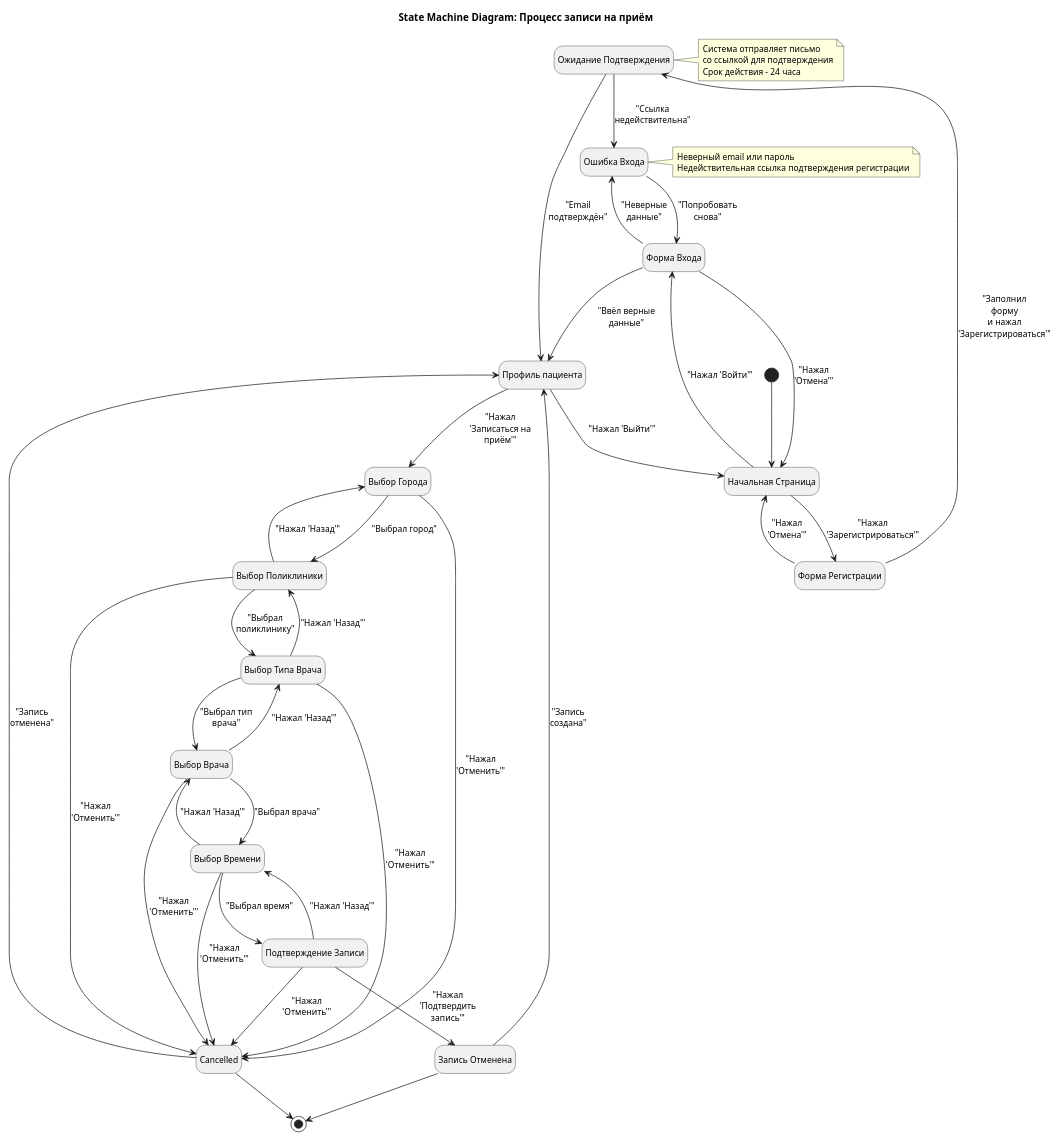
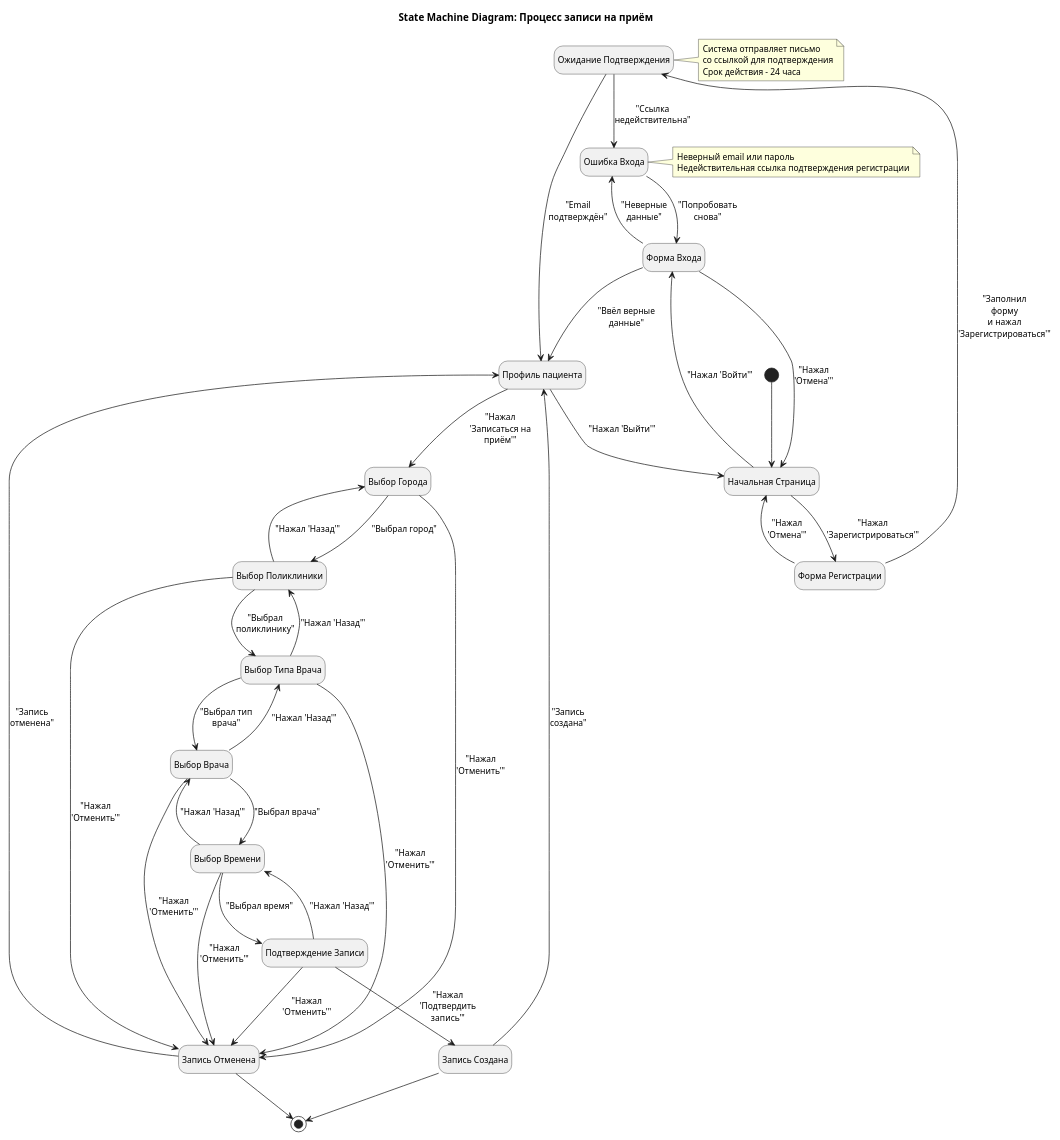
Before and after one commit to bald03/project-doc: the diagram in 3. Технические процессы/state.puml, drawn with PlantUML.

Commit message:
Исправлено замечание по стейт диаграмме

```diff
--- a/3. Технические процессы/state.puml
+++ b/3. Технические процессы/state.puml
@@ -1,84 +1,84 @@
 @startuml State Machine Diagram: Процесс записи на приём
 scale 0.8
 skinparam {
   defaultFontSize 12
   maxMessageSize 100
 }
 hide empty description
 
 title State Machine Diagram: Процесс записи на приём
 
 state "Начальная Страница" as Start
 state "Форма Регистрации" as Reg
 state "Ожидание Подтверждения" as WaitConfirm
 state "Форма Входа" as Login
 state "Ошибка Входа" as LoginError
 state "Профиль пациента" as PatientProfile
 state "Выбор Города" as City
 state "Выбор Поликлиники" as Clinic
 state "Выбор Типа Врача" as DoctorType
 state "Выбор Врача" as Doctor
 state "Выбор Времени" as Time
 state "Подтверждение Записи" as Confirm
 state "Запись Создана" as Created
-state "Запись Отменена" as Created
+state "Запись Отменена" as Cancelled
 
 [*] --> Start
 
 Start --> Reg : "Нажал 'Зарегистрироваться'"
 Start --> Login : "Нажал 'Войти'"
 
 Reg --> WaitConfirm : "Заполнил форму\nи нажал 'Зарегистрироваться'"
 Reg --> Start : "Нажал 'Отмена'"
 
 WaitConfirm --> PatientProfile : "Email подтверждён"
 WaitConfirm --> LoginError : "Ссылка недействительна"
 
 Login --> PatientProfile : "Ввёл верные данные"
 Login --> LoginError : "Неверные данные"
 Login --> Start : "Нажал 'Отмена'"
 LoginError --> Login : "Попробовать снова"
 
 PatientProfile --> City : "Нажал 'Записаться на приём'"
 PatientProfile --> Start : "Нажал 'Выйти'"
 
 City --> Clinic : "Выбрал город"
 City --> Cancelled : "Нажал 'Отменить'"
 
 Clinic --> City : "Нажал 'Назад'"
 Clinic --> DoctorType : "Выбрал поликлинику"
 Clinic --> Cancelled : "Нажал 'Отменить'"
 
 DoctorType --> Clinic : "Нажал 'Назад'"
 DoctorType --> Doctor : "Выбрал тип врача"
 DoctorType --> Cancelled : "Нажал 'Отменить'"
 
 Doctor --> DoctorType : "Нажал 'Назад'"
 Doctor --> Time : "Выбрал врача"
 Doctor --> Cancelled : "Нажал 'Отменить'"
 
 Time --> Doctor : "Нажал 'Назад'"
 Time --> Confirm : "Выбрал время"
 Time --> Cancelled : "Нажал 'Отменить'"
 
 Confirm --> Time : "Нажал 'Назад'"
 Confirm --> Created : "Нажал 'Подтвердить запись'"
 Confirm --> Cancelled : "Нажал 'Отменить'"
 
 Created --> PatientProfile : "Запись создана"
 Cancelled --> PatientProfile : "Запись отменена"
 
 Created --> [*]
 Cancelled --> [*]
 
 note right of WaitConfirm
   Система отправляет письмо
   со ссылкой для подтверждения
   Срок действия - 24 часа
 end note
 
 note right of LoginError
   Неверный email или пароль
   Недействительная ссылка подтверждения регистрации
 end note
 @enduml
```
